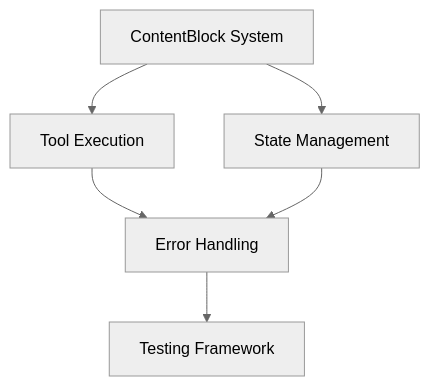
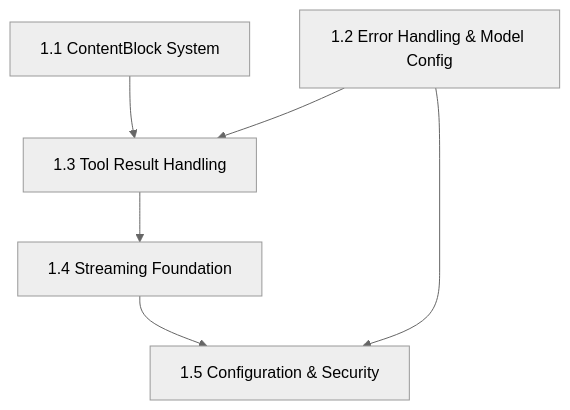
One commit to RolandLittlehales/rustic-agent changed the first of 4 diagrams in docs/implementation-sequencing.md. Above: the diagram before and after it, drawn with Mermaid (neutral theme). The commit also changed other lines of this file, not shown here.

````diff
--- a/docs/implementation-sequencing.md
+++ b/docs/implementation-sequencing.md
@@ -13,8 +14,8 @@
 ```mermaid
 graph TD
-    1.1[ContentBlock System] --> 1.2[Tool Execution]
-    1.1 --> 1.3[State Management]
-    1.2 --> 1.4[Error Handling]
-    1.3 --> 1.4
-    1.4 --> 1.5[Testing Framework]
+    1.1[1.1 ContentBlock System] --> 1.3[1.3 Tool Result Handling]
+    1.2[1.2 Error Handling & Model Config] --> 1.3
+    1.3 --> 1.4[1.4 Streaming Foundation]
+    1.2 --> 1.5[1.5 Configuration & Security]
+    1.4 --> 1.5
 ```
````
